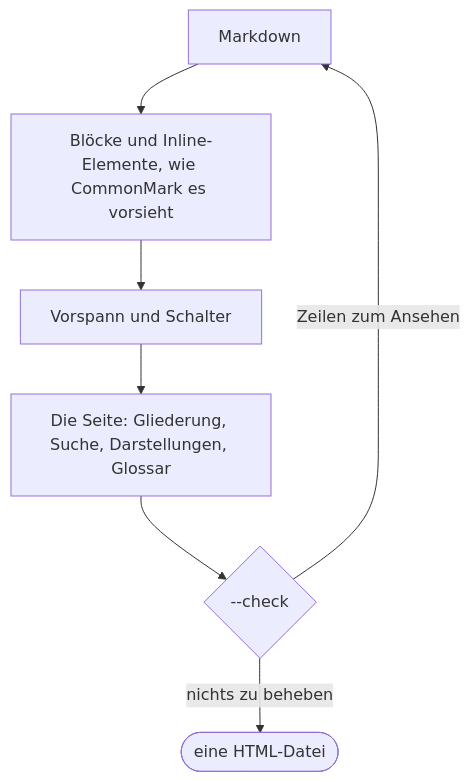
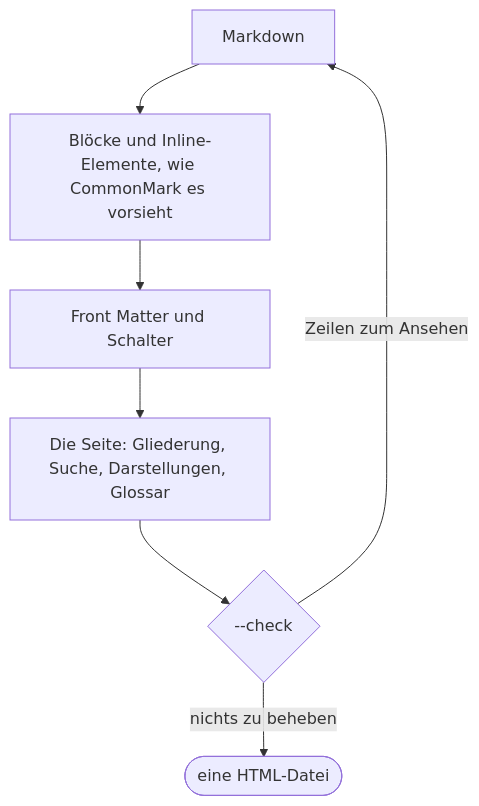
Before and after one commit to githubrobbi/md2html: the third of 3 diagrams in docs/capabilities.de.md, drawn with Mermaid. The commit also changed other lines of this file and 34 other files, not shown here.

````diff
--- a/docs/capabilities.de.md
+++ b/docs/capabilities.de.md
@@ -423,9 +423,9 @@
 ```mermaid
 flowchart TD
   md[Markdown] --> blocks[Blöcke und Inline-Elemente, wie CommonMark es vorsieht]
-  blocks --> settings[Vorspann und Schalter]
+  blocks --> settings[Front Matter und Schalter]
   settings --> page[Die Seite: Gliederung, Suche, Darstellungen, Glossar]
   page --> check{--check}
   check -->|nichts zu beheben| out([eine HTML-Datei])
   check -->|Zeilen zum Ansehen| md
 ```
````
